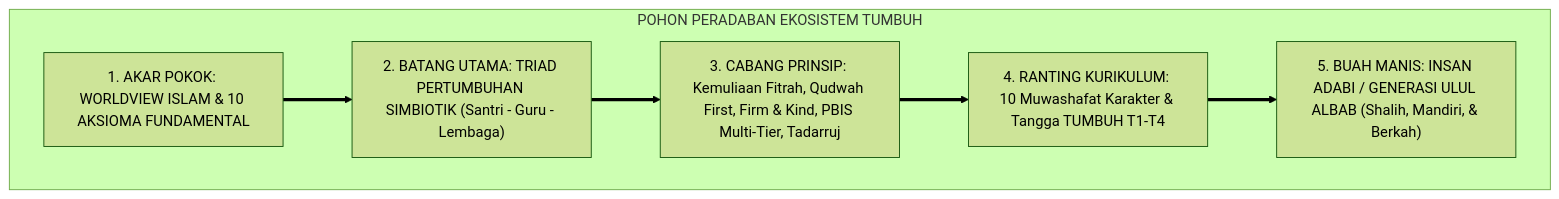
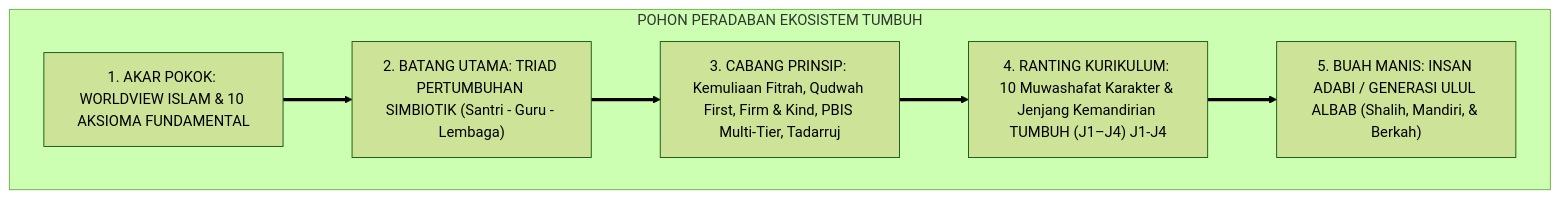
One commit to wandiapriliyandi/tumbuh changed the first of 3 diagrams in 01 Philosophy/01 Worldview/P1-01-Worldview-TUMBUH.md. Above: the diagram before and after it, drawn with Mermaid (forest theme). The commit also changed other lines of this file and 209 other files, not shown here.

````diff
--- a/01 Philosophy/01 Worldview/P1-01-Worldview-TUMBUH.md
+++ b/01 Philosophy/01 Worldview/P1-01-Worldview-TUMBUH.md
@@ -58,12 +58,12 @@
 ```mermaid
 flowchart TD
     subgraph PohonWorldviewTUMBUH["POHON PERADABAN EKOSISTEM TUMBUH"]
         Akar["1. AKAR POKOK: WORLDVIEW ISLAM & 10 AKSIOMA FUNDAMENTAL"]
         Batang["2. BATANG UTAMA: TRIAD PERTUMBUHAN SIMBIOTIK (Santri - Guru - Lembaga)"]
         Cabang["3. CABANG PRINSIP: Kemuliaan Fitrah, Qudwah First, Firm & Kind, PBIS Multi-Tier, Tadarruj"]
-        Ranting["4. RANTING KURIKULUM: 10 Muwashafat Karakter & Tangga TUMBUH T1-T4"]
+        Ranting["4. RANTING KURIKULUM: 10 Muwashafat Karakter & Jenjang Kemandirian TUMBUH (J1–J4) J1-J4"]
         Buah["5. BUAH MANIS: INSAN ADABI / GENERASI ULUL ALBAB (Shalih, Mandiri, & Berkah)"]
         
         Akar ==> Batang ==> Cabang ==> Ranting ==> Buah
     end
 ```
````
